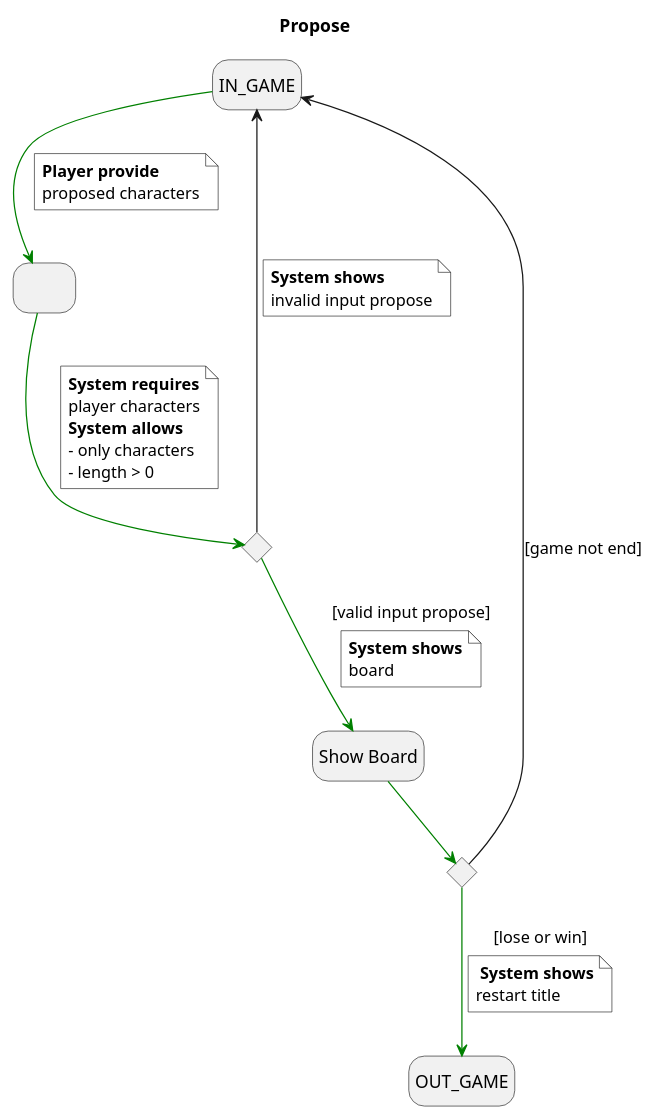
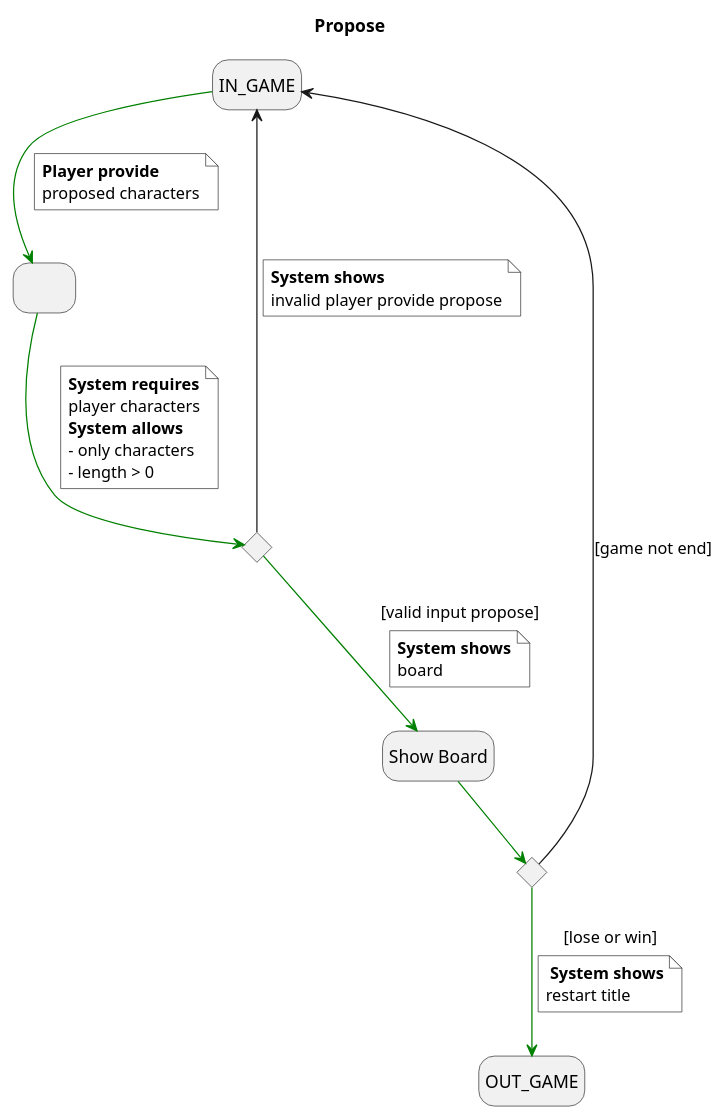
Before and after one commit to jumpering/Hanged: the diagram in requirements/userCase/specificationProposeUseCase.puml, drawn with PlantUML. The commit also changed 1 other file, not shown here.

```diff
--- a/requirements/userCase/specificationProposeUseCase.puml
+++ b/requirements/userCase/specificationProposeUseCase.puml
@@ -1,44 +1,44 @@
 @startuml
 title Propose
 skinparam NoteBackgroundColor white
 hide empty description
 state userRequiresCompareWord as " "
 state showBoard as "Show Board"
 state ifValidPropose <<choice>>
 state ifEndGame <<choice>>
 
 IN_GAME -[#green]-> userRequiresCompareWord
 note on link #white
   <b>Player provide
   proposed characters
 end note
 userRequiresCompareWord -[#green]-> ifValidPropose
 note on link #white
   <b>System requires
   player characters
   <b>System allows
   - only characters
   - length > 0
 end note
 ifValidPropose -[#green]-> showBoard : [valid input propose]
 note on link
   <b>System shows
   board
   end note
 ifValidPropose -up-> IN_GAME
 note on link #white
   <b>System shows
  board
 end note
 note on link #white
   <b>System shows
-  invalid input propose
+  invalid player provide propose
 end note
 showBoard -[#green]-> ifEndGame
 ifEndGame -up-> IN_GAME : [game not end]
 ifEndGame -[#green]-> OUT_GAME : [lose or win]
 note on link #white
   <b> System shows
   restart title
 end note
 @enduml
```
